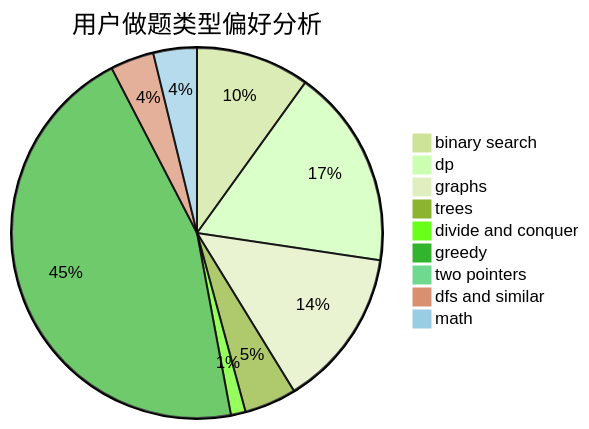
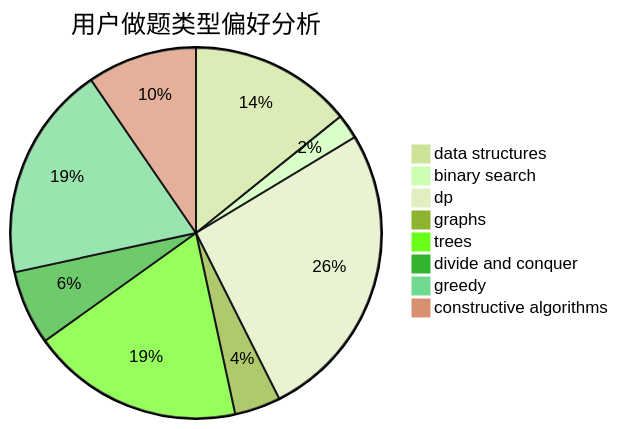
One commit to sherpahu/cfrs.github.io changed the second of 3 diagrams in docs/user/u1166.md. Above: the diagram before and after it, drawn with Mermaid (forest theme). The commit also changed other lines of this file and 2775 other files, not shown here.

````diff
--- a/docs/user/u1166.md
+++ b/docs/user/u1166.md
@@ -23,12 +23,11 @@
 ```mermaid
 pie title 用户做题类型偏好分析
-    "binary search" :  201
-    "dp" :  353
-    "graphs" :  281
-    "trees" :  92
-    "divide and conquer" :  26
-    "greedy" :  918
-    "two pointers" :  0
-    "dfs and similar" :  77
-    "math" :  77
+    "data structures" :  46
+    "binary search" :  7
+    "dp" :  85
+    "graphs" :  13
+    "trees" :  60
+    "divide and conquer" :  21
+    "greedy" :  61
+    "constructive algorithms" :  31
 ```
````
